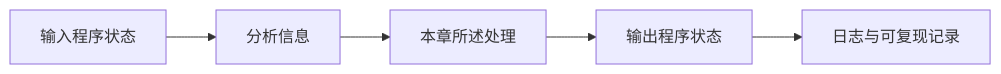
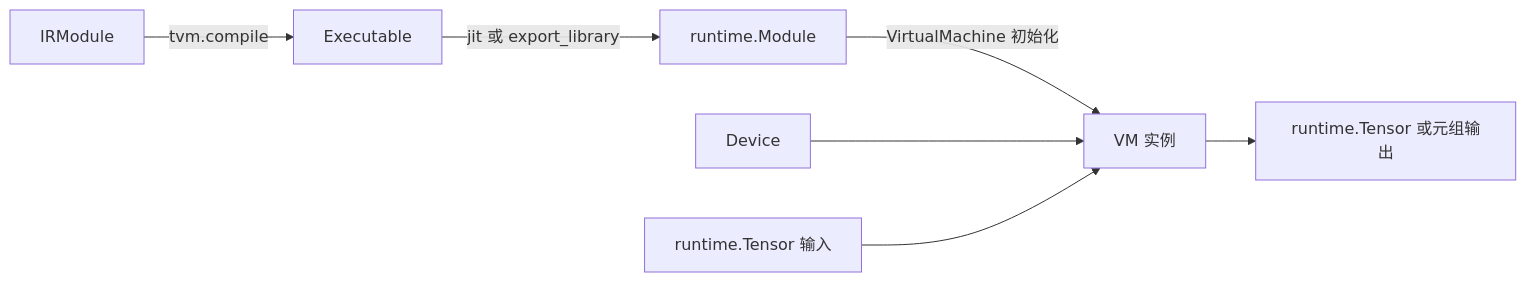
One commit to Little-W/Obsidian changed the diagram in NPU/TVM 使用与自研 NPU 接入手册/10-Relax VM 导出与加载.md. Above: the diagram before and after it, drawn with Mermaid. The commit also changed other lines of this file and 10 other files, not shown here.

````diff
--- a/NPU/TVM 使用与自研 NPU 接入手册/10-Relax VM 导出与加载.md
+++ b/NPU/TVM 使用与自研 NPU 接入手册/10-Relax VM 导出与加载.md
@@ -30,7 +20,9 @@
 ```mermaid
 flowchart LR
-    A["输入程序状态"] --> B["分析信息"]
-    B --> C["本章所述处理"]
-    C --> D["输出程序状态"]
-    D --> E["日志与可复现记录"]
+    A["IRModule"] -->|tvm.compile| B["Executable"]
+    B -->|jit 或 export_library| C["runtime.Module"]
+    C -->|VirtualMachine 初始化| D["VM 实例"]
+    E["Device"] --> D
+    F["runtime.Tensor 输入"] --> D
+    D --> G["runtime.Tensor 或元组输出"]
 ```
````
